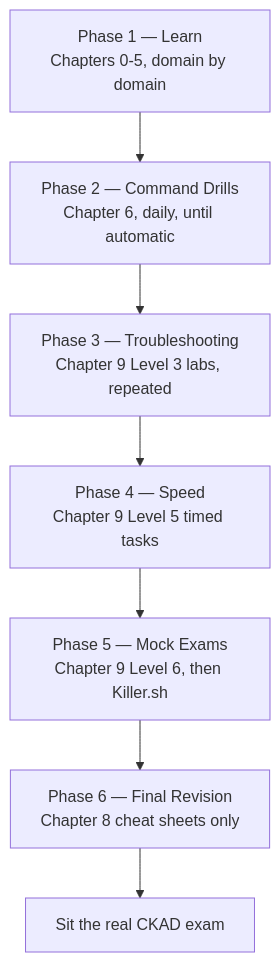
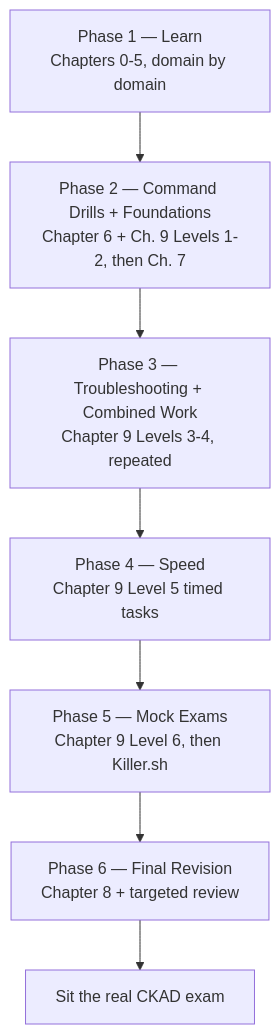
One commit to karthikreddy432/CKAD changed the diagram in 10_chapter_study_exam_plan.md. Above: the diagram before and after it, drawn with Mermaid. The commit also changed other lines of this file and 13 other files, not shown here.

````diff
--- a/10_chapter_study_exam_plan.md
+++ b/10_chapter_study_exam_plan.md
@@ -27,9 +29,9 @@
 ```mermaid
 flowchart TD
-    P1["Phase 1 — Learn\nChapters 0-5, domain by domain"] --> P2["Phase 2 — Command Drills\nChapter 6, daily, until automatic"]
-    P2 --> P3["Phase 3 — Troubleshooting\nChapter 9 Level 3 labs, repeated"]
+    P1["Phase 1 — Learn\nChapters 0-5, domain by domain"] --> P2["Phase 2 — Command Drills + Foundations\nChapter 6 + Ch. 9 Levels 1-2, then Ch. 7"]
+    P2 --> P3["Phase 3 — Troubleshooting + Combined Work\nChapter 9 Levels 3-4, repeated"]
     P3 --> P4["Phase 4 — Speed\nChapter 9 Level 5 timed tasks"]
     P4 --> P5["Phase 5 — Mock Exams\nChapter 9 Level 6, then Killer.sh"]
-    P5 --> P6["Phase 6 — Final Revision\nChapter 8 cheat sheets only"]
+    P5 --> P6["Phase 6 — Final Revision\nChapter 8 + targeted review"]
     P6 --> EXAM["Sit the real CKAD exam"]
 ```
````
